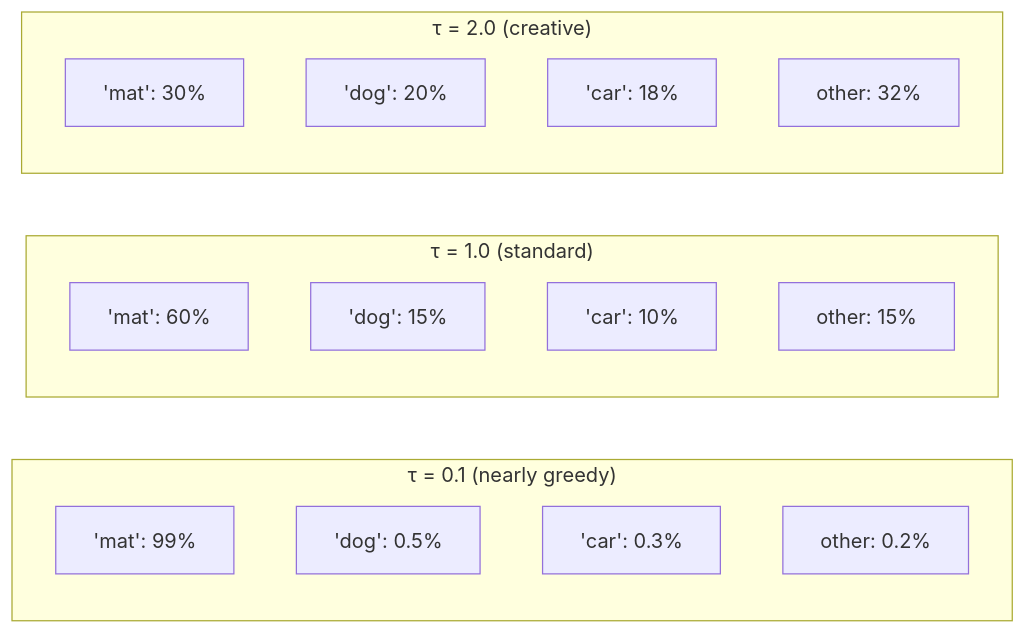
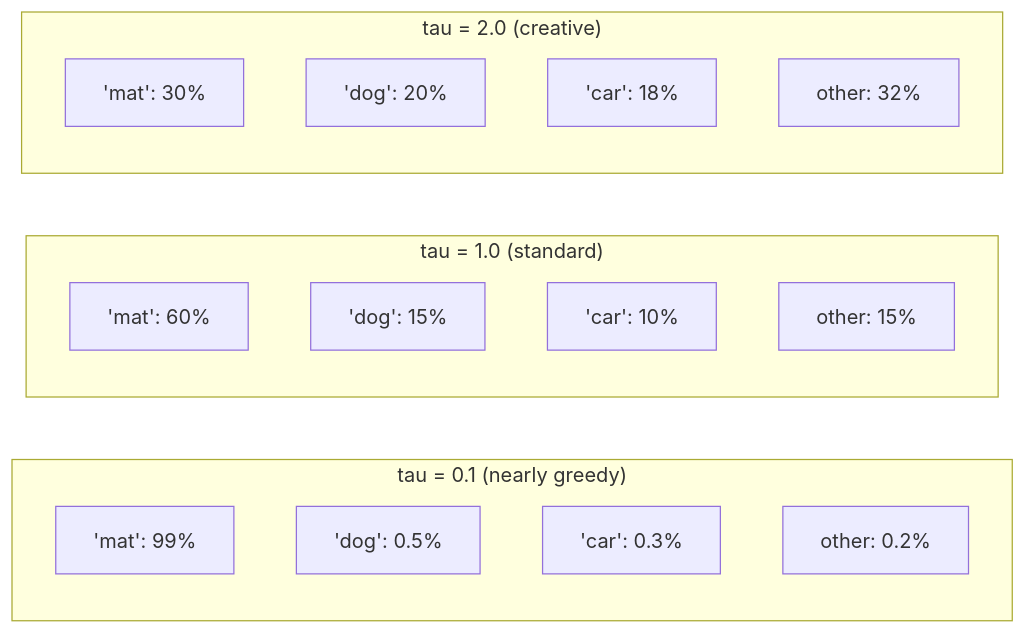
One commit to meever/nanochat changed the fourth of 5 diagrams in learn/07_inference_engine.md. Above: the diagram before and after it, drawn with Mermaid. The commit also changed other lines of this file and 11 other files, not shown here.

````diff
--- a/learn/07_inference_engine.md
+++ b/learn/07_inference_engine.md
@@ -161,23 +161,23 @@
 ```mermaid
 flowchart LR
-  subgraph Low["τ = 0.1 (nearly greedy)"]
+  subgraph Low["tau = 0.1 (nearly greedy)"]
     L1["'mat': 99%"]
     L2["'dog': 0.5%"]
     L3["'car': 0.3%"]
     L4["other: 0.2%"]
   end
 
-  subgraph Mid["τ = 1.0 (standard)"]
+  subgraph Mid["tau = 1.0 (standard)"]
     M1["'mat': 60%"]
     M2["'dog': 15%"]
     M3["'car': 10%"]
     M4["other: 15%"]
   end
 
-  subgraph High["τ = 2.0 (creative)"]
+  subgraph High["tau = 2.0 (creative)"]
     H1["'mat': 30%"]
     H2["'dog': 20%"]
     H3["'car': 18%"]
     H4["other: 32%"]
   end
 ```
````
